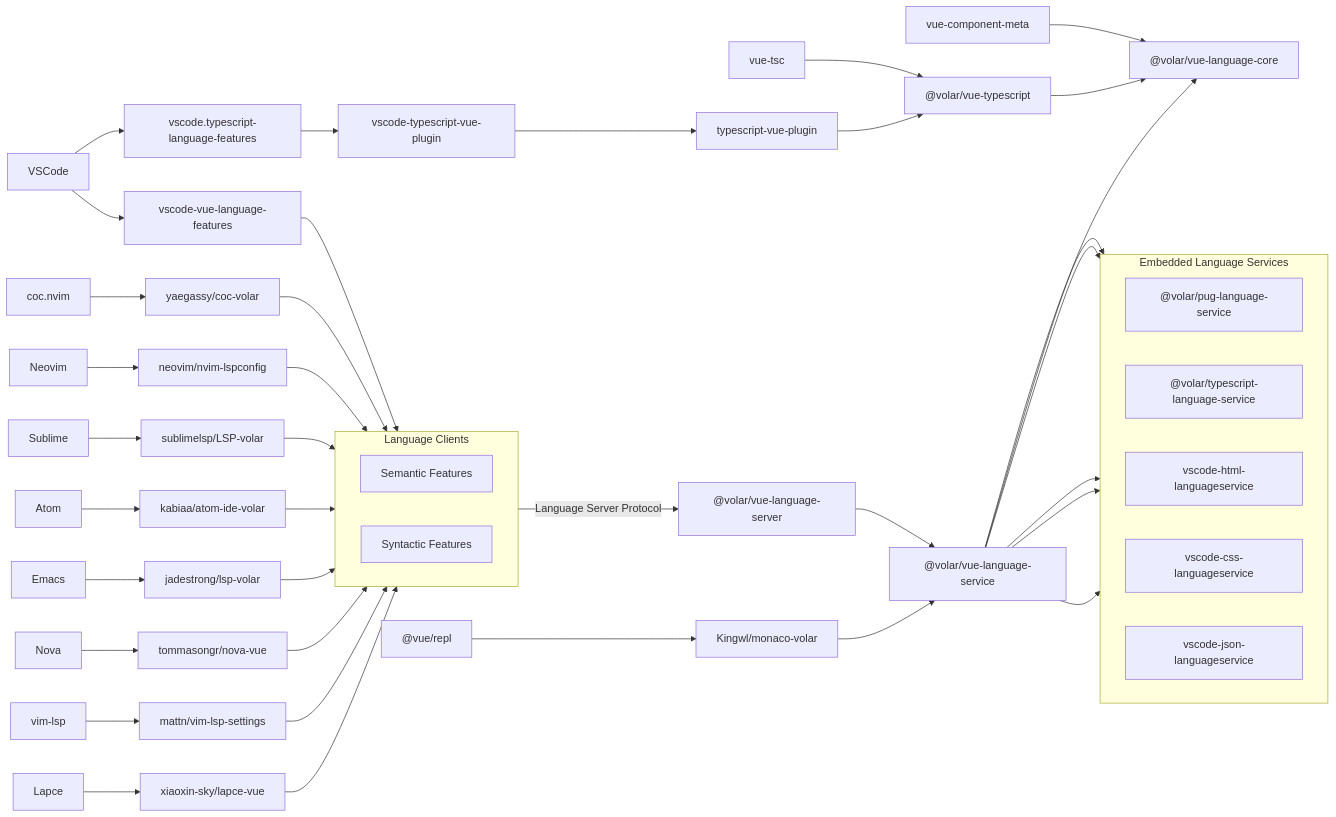
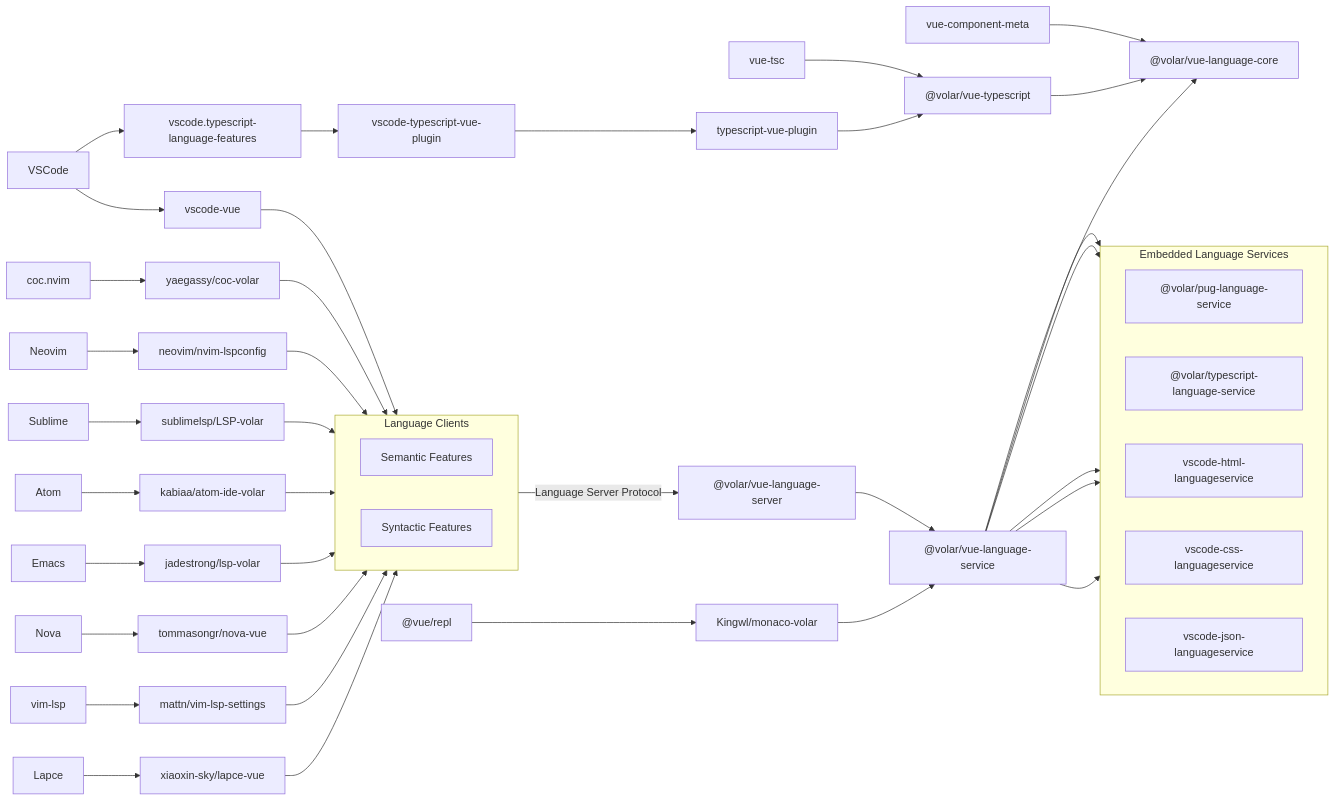
Before and after one commit to vuejs/language-tools: the diagram in README.md, drawn with Mermaid. The commit also changed other lines of this file and 57 other files, not shown here.

Commit message:
refactor: move extensions/* to vue-language-tools/*

```diff
--- a/README.md
+++ b/README.md
@@ -113,11 +113,11 @@
 	click LAPCE_VUE "https://github.com/xiaoxin-sky/lapce-vue"
 
 	%% Volar - Extensions
-	VSC_VUE[vscode-vue-language-features]
+	VSC_VUE[vscode-vue]
 	VSC_TSVP[vscode-typescript-vue-plugin]
 
-	click VSC_VUE "https://github.com/johnsoncodehk/volar/tree/master/extensions/vscode-vue-language-features"
-	click VSC_TSVP "https://github.com/johnsoncodehk/volar/tree/master/extensions/vscode-typescript-vue-plugin"
+	click VSC_VUE "https://github.com/johnsoncodehk/volar/tree/master/vue-language-tools/vscode-vue"
+	click VSC_TSVP "https://github.com/johnsoncodehk/volar/tree/master/vue-language-tools/vscode-typescript-vue-plugin"
 
 	%% Volar - Packages
 	VOLAR_VUE_SERVER["@volar/vue-language-server"]
@@ -159,7 +159,7 @@
 	click CSS_SERVICE "https://github.com/microsoft/vscode-css-languageservice"
 	click JSON_SERVICE "https://github.com/microsoft/vscode-json-languageservice"
 	click TS "https://github.com/microsoft/TypeScript"
-	click VSC_TS "https://github.com/microsoft/vscode/tree/main/extensions/typescript-language-features"
+	click VSC_TS "https://github.com/microsoft/vscode/tree/main/vue-language-tools/typescript-language-features"
 	click VUE_REPL "https://github.com/vuejs/repl"
 	click MONACO_VOLAR "https://github.com/Kingwl/monaco-volar"
 	%% click VITE_PLUGIN_CHECKER "https://github.com/fi3ework/vite-plugin-checker"
```
